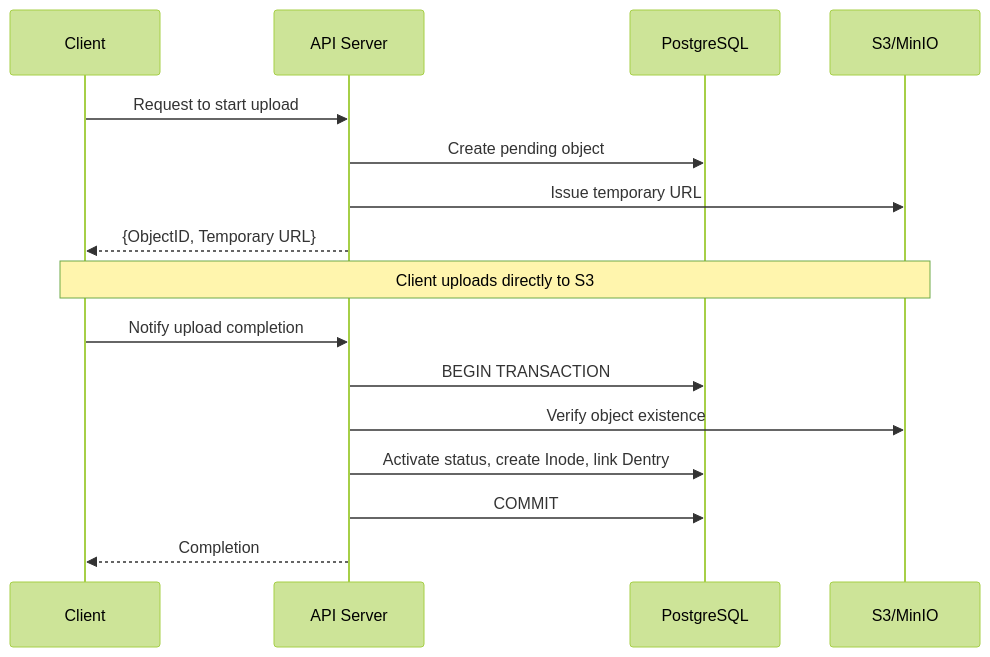
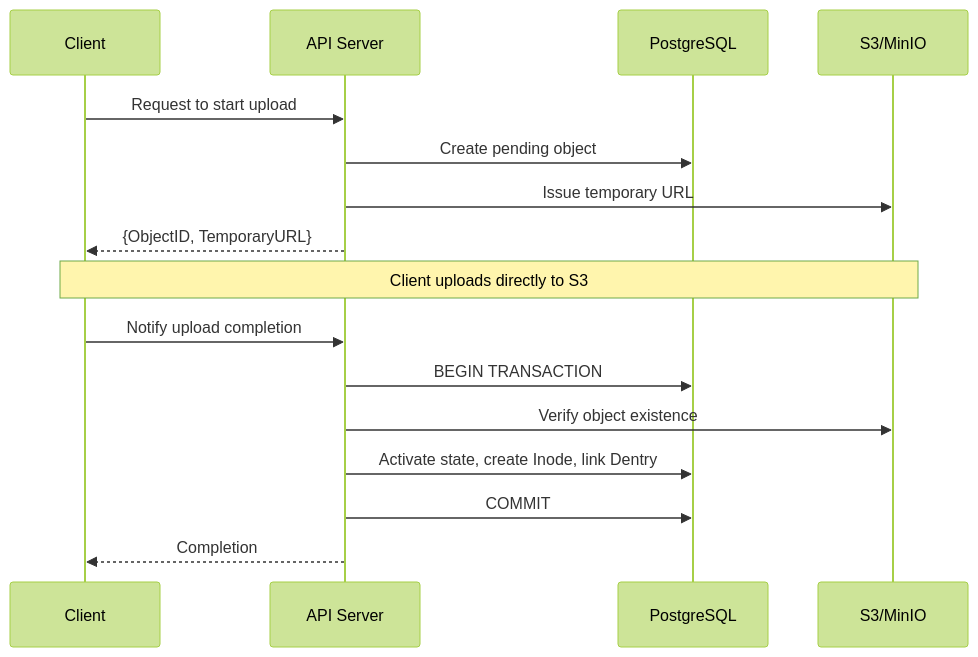
One commit to mandacode-labs/mandacode-devs changed the second of 2 diagrams in src/content/blog/retrowin-deep-dive/en.md. Above: the diagram before and after it, drawn with Mermaid (forest theme). The commit also changed other lines of this file and 28 other files, not shown here.

````diff
--- a/src/content/blog/retrowin-deep-dive/en.md
+++ b/src/content/blog/retrowin-deep-dive/en.md
@@ -47,21 +45,21 @@
 ```mermaid
 sequenceDiagram
     participant Client as Client
     participant API as API Server
     participant DB as PostgreSQL
     participant S3 as S3/MinIO
 
     Client->>API: Request to start upload
     API->>DB: Create pending object
     API->>S3: Issue temporary URL
-    API-->>Client: {ObjectID, Temporary URL}
+    API-->>Client: {ObjectID, TemporaryURL}
 
     Note over Client,S3: Client uploads directly to S3
 
     Client->>API: Notify upload completion
     API->>DB: BEGIN TRANSACTION
     API->>S3: Verify object existence
-    API->>DB: Activate status, create Inode, link Dentry
+    API->>DB: Activate state, create Inode, link Dentry
     API->>DB: COMMIT
     API-->>Client: Completion
 ```
````
